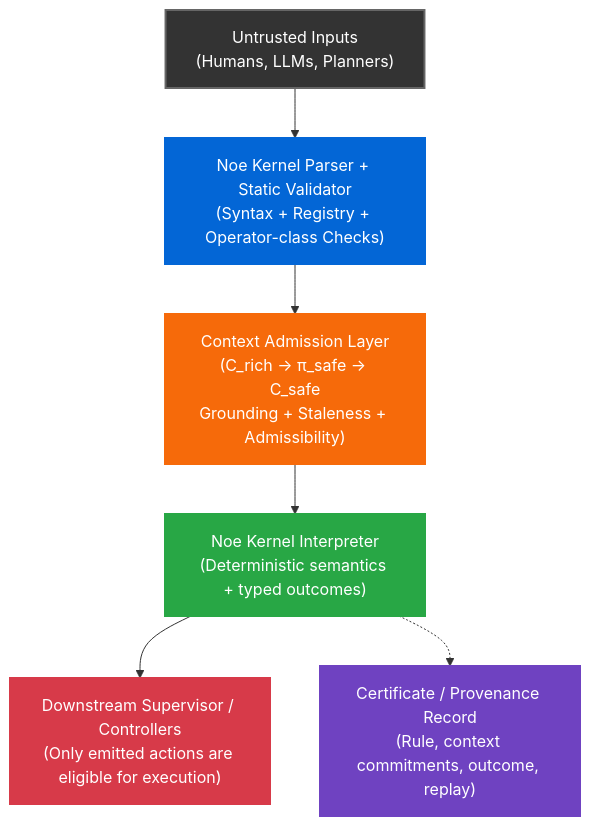
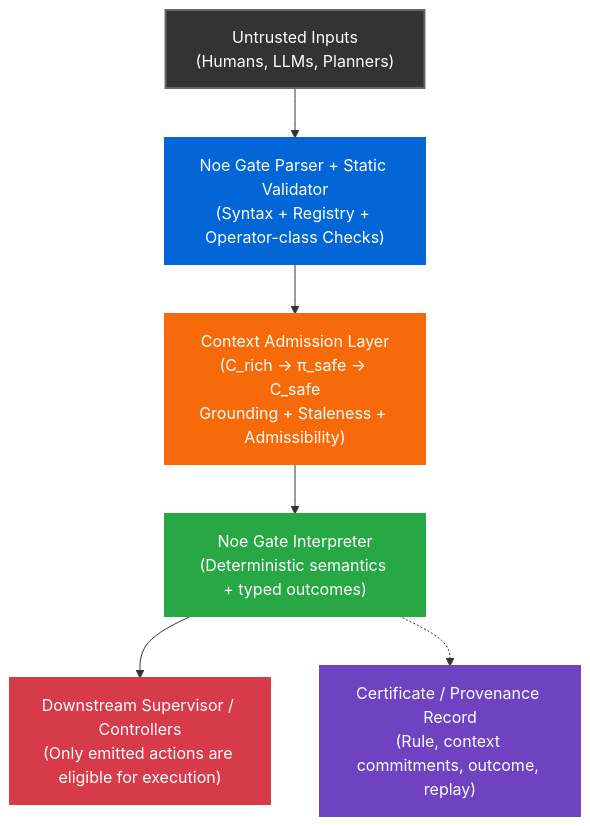
Before and after one commit to noe-protocol/noe-gate: the diagram in README.md, drawn with Mermaid. The commit also changed other lines of this file, not shown here.

````diff
--- a/README.md
+++ b/README.md
@@ -508,15 +508,15 @@
 ```mermaid
 flowchart TD
-    A["Untrusted Inputs<br/>(Humans, LLMs, Planners)"] --> B["Noe Kernel Parser + Static Validator<br/>(Syntax + Registry + Operator-class Checks)"]
+    A["Untrusted Inputs<br/>(Humans, LLMs, Planners)"] --> B["Noe Gate Parser + Static Validator<br/>(Syntax + Registry + Operator-class Checks)"]
     B --> C["Context Admission Layer<br/>(C_rich → π_safe → C_safe<br/>Grounding + Staleness + Admissibility)"]
-    C --> D["Noe Kernel Interpreter<br/>(Deterministic semantics + typed outcomes)"]
+    C --> D["Noe Gate Interpreter<br/>(Deterministic semantics + typed outcomes)"]
     D --> E["Downstream Supervisor / Controllers<br/>(Only emitted actions are eligible for execution)"]
     D -.-> F["Certificate / Provenance Record<br/>(Rule, context commitments, outcome, replay)"]
 
     style A fill:#333,stroke:#666,stroke-width:2px,color:#fff
     style B fill:#0366d6,stroke:#0366d6,stroke-width:2px,color:#fff
     style C fill:#f66a0a,stroke:#f66a0a,stroke-width:2px,color:#fff
     style D fill:#28a745,stroke:#28a745,stroke-width:2px,color:#fff
     style E fill:#d73a49,stroke:#d73a49,stroke-width:2px,color:#fff
     style F fill:#6f42c1,stroke:#6f42c1,stroke-width:2px,color:#fff
 ```
````
